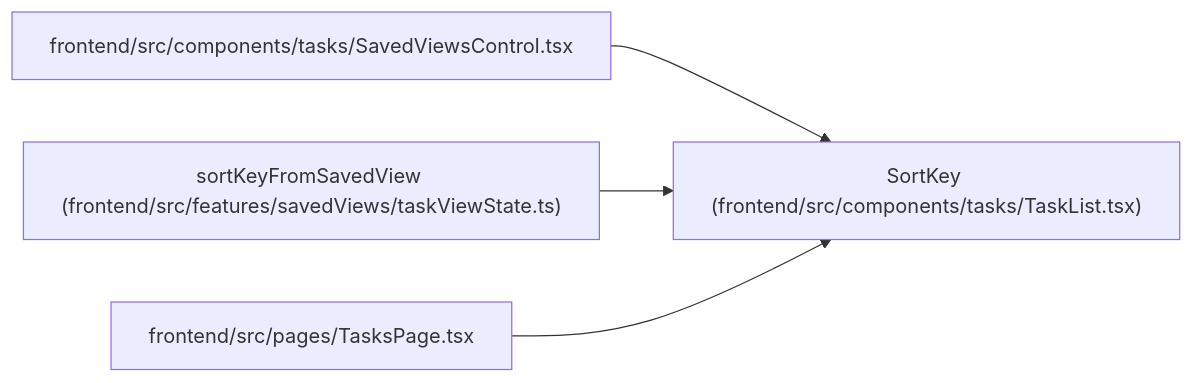
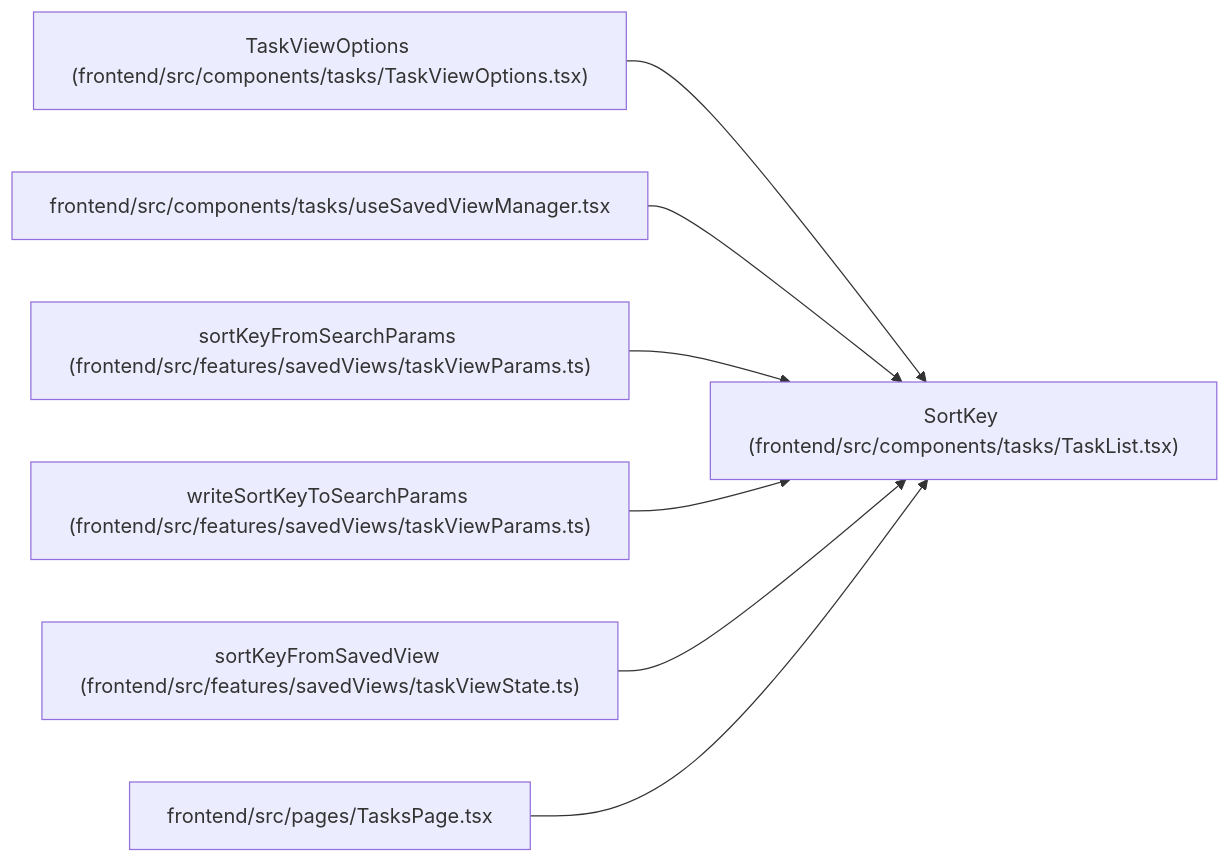
One commit to Denissvgn/WorkChord changed the diagram in docs/llm_wiki/entities/TaskList_SortKey.md. Above: the diagram before and after it, drawn with Mermaid. The commit also changed other lines of this file and 2373 other files, not shown here.

````diff
--- a/docs/llm_wiki/entities/TaskList_SortKey.md
+++ b/docs/llm_wiki/entities/TaskList_SortKey.md
@@ -28,14 +28,23 @@
 ```mermaid
 flowchart LR
     n0["SortKey (frontend/src/components/tasks/TaskList.tsx)"]
-    n1["frontend/src/components/tasks/SavedViewsControl.tsx"]
-    n2["sortKeyFromSavedView (frontend/src/features/savedViews/taskViewState.ts)"]
-    n3["frontend/src/pages/TasksPage.tsx"]
+    n1["TaskViewOptions (frontend/src/components/tasks/TaskViewOptions.tsx)"]
+    n2["frontend/src/components/tasks/useSavedViewManager.tsx"]
+    n3["sortKeyFromSearchParams (frontend/src/features/savedViews/taskViewParams.ts)"]
+    n4["writeSortKeyToSearchParams (frontend/src/features/savedViews/taskViewParams.ts)"]
+    n5["sortKeyFromSavedView (frontend/src/features/savedViews/taskViewState.ts)"]
+    n6["frontend/src/pages/TasksPage.tsx"]
     n1 --> n0
     n2 --> n0
     n3 --> n0
+    n4 --> n0
+    n5 --> n0
+    n6 --> n0
     click n0 "../modules/TaskList.md"
-    click n1 "../modules/SavedViewsControl.md"
-    click n2 "../modules/taskViewState.md"
-    click n3 "../modules/TasksPage.md"
+    click n1 "../modules/TaskViewOptions.md"
+    click n2 "../modules/useSavedViewManager.md"
+    click n3 "../modules/taskViewParams.md"
+    click n4 "../modules/taskViewParams.md"
+    click n5 "../modules/taskViewState.md"
+    click n6 "../modules/TasksPage.md"
 ```
````
